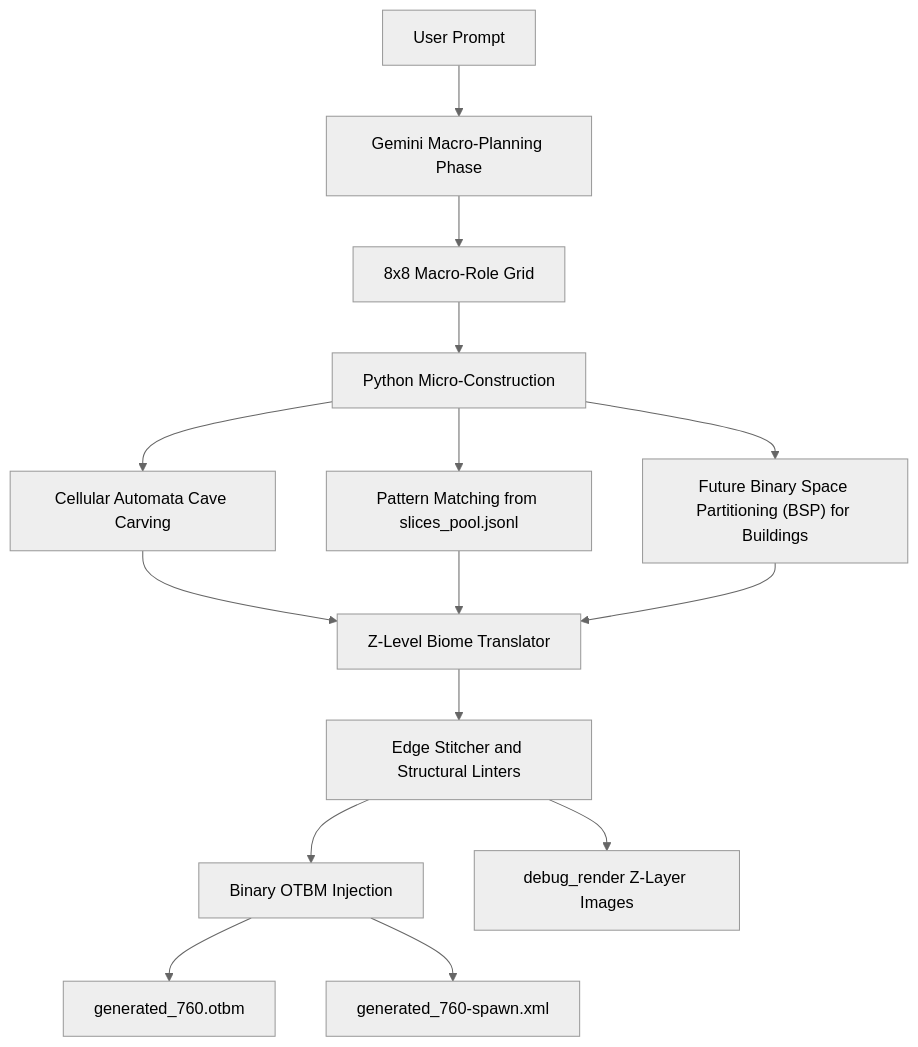
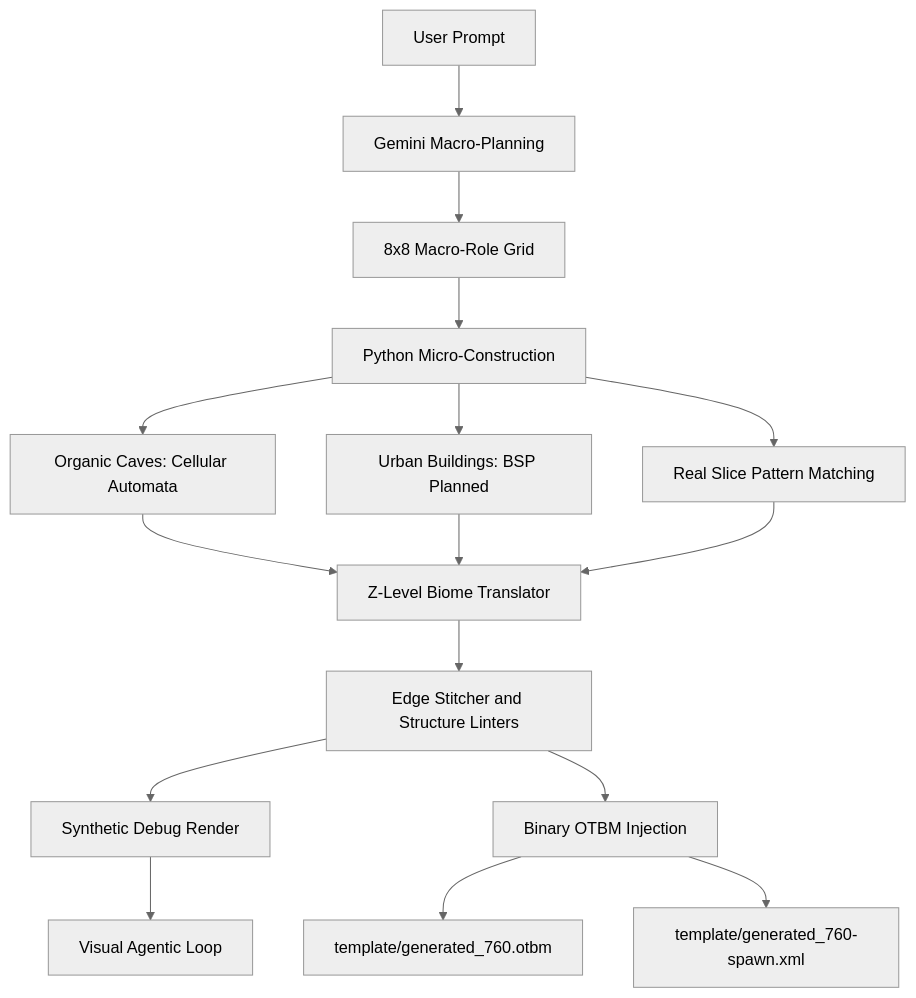
Before and after one commit to Adversario/RME-AI: the diagram in README.md, drawn with Mermaid (neutral theme). The commit also changed other lines of this file and 1 other file, not shown here.

Commit message:
Docs: Complete premium visual overhaul of the README with colored callouts and rich hierarchy

````diff
--- a/README.md
+++ b/README.md
@@ -79,17 +56,18 @@
 ```mermaid
 flowchart TD
-    A["User Prompt"] --> B["Gemini Macro-Planning Phase"]
+    A["User Prompt"] --> B["Gemini Macro-Planning"]
     B --> C["8x8 Macro-Role Grid"]
     C --> D["Python Micro-Construction"]
-    D --> D1["Cellular Automata Cave Carving"]
-    D --> D2["Pattern Matching from slices_pool.jsonl"]
-    D --> D3["Future Binary Space Partitioning (BSP) for Buildings"]
-    D1 --> E["Z-Level Biome Translator"]
-    D2 --> E
-    D3 --> E
-    E --> F["Edge Stitcher and Structural Linters"]
-    F --> G["Binary OTBM Injection"]
-    G --> H["generated_760.otbm"]
-    G --> I["generated_760-spawn.xml"]
-    F --> J["debug_render Z-Layer Images"]
+    D --> E["Organic Caves: Cellular Automata"]
+    D --> F["Urban Buildings: BSP Planned"]
+    D --> G["Real Slice Pattern Matching"]
+    E --> H["Z-Level Biome Translator"]
+    F --> H
+    G --> H
+    H --> I["Edge Stitcher and Structure Linters"]
+    I --> J["Synthetic Debug Render"]
+    J --> K["Visual Agentic Loop"]
+    I --> L["Binary OTBM Injection"]
+    L --> M["template/generated_760.otbm"]
+    L --> N["template/generated_760-spawn.xml"]
 ```
````
